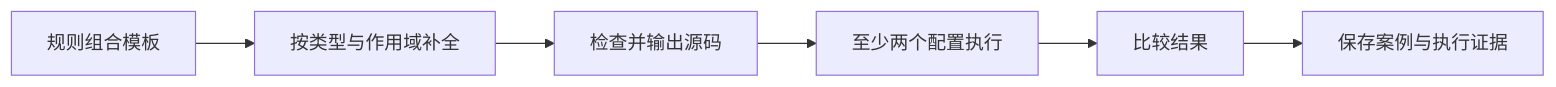
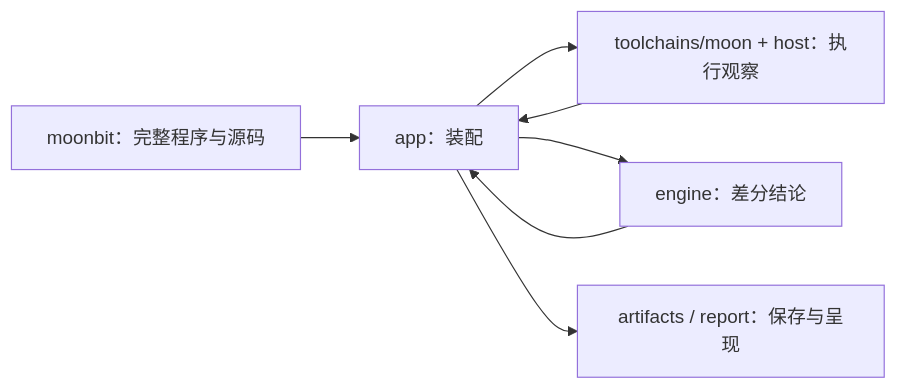
Before and after one commit to zrr1999/moonsmith: the diagram in fps/FP-0002-moonbit-semantic-contract.md, drawn with Mermaid. The commit also changed other lines of this file and 3 other files, not shown here.

````diff
--- a/fps/FP-0002-moonbit-semantic-contract.md
+++ b/fps/FP-0002-moonbit-semantic-contract.md
@@ -64,8 +72,9 @@
 ```mermaid
 flowchart LR
-  T["规则组合模板"] --> G["按类型与作用域补全"]
-  G --> V["检查并输出源码"]
-  V --> R["至少两个配置执行"]
-  R --> C["比较结果"]
-  C --> E["保存案例与执行证据"]
+  L["moonbit：完整程序与源码"] --> A["app：装配"]
+  A --> T["toolchains/moon + host：执行观察"]
+  T --> A
+  A --> E["engine：差分结论"]
+  E --> A
+  A --> S["artifacts / report：保存与呈现"]
 ```
````
